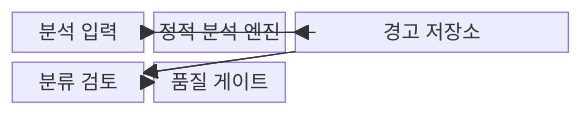
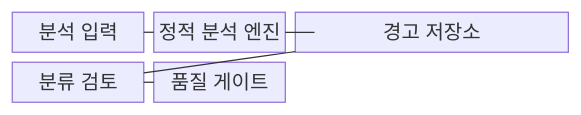
One commit to agnusdei1207/knowledge-base changed the first of 2 diagrams in src/content/docs/notes/06-evaluation/036_static_analysis_interpretation.md. Above: the diagram before and after it, drawn with Mermaid. The commit also changed other lines of this file and 493 other files, not shown here.

````diff
--- a/src/content/docs/notes/06-evaluation/036_static_analysis_interpretation.md
+++ b/src/content/docs/notes/06-evaluation/036_static_analysis_interpretation.md
@@ -68,13 +68,11 @@
 ```mermaid
 block-beta
     columns 3
     I["분석 입력"] E["정적 분석 엔진"]
     W["경고 저장소"]:2
     T["분류 검토"] G["품질 게이트"]
-    I --> E
-    E --> W
-    W --> T
-    T --> G
-  I --- W
-  W --- T
+    I --- E
+    E --- W
+    W --- T
+    T --- G
 ```
````
